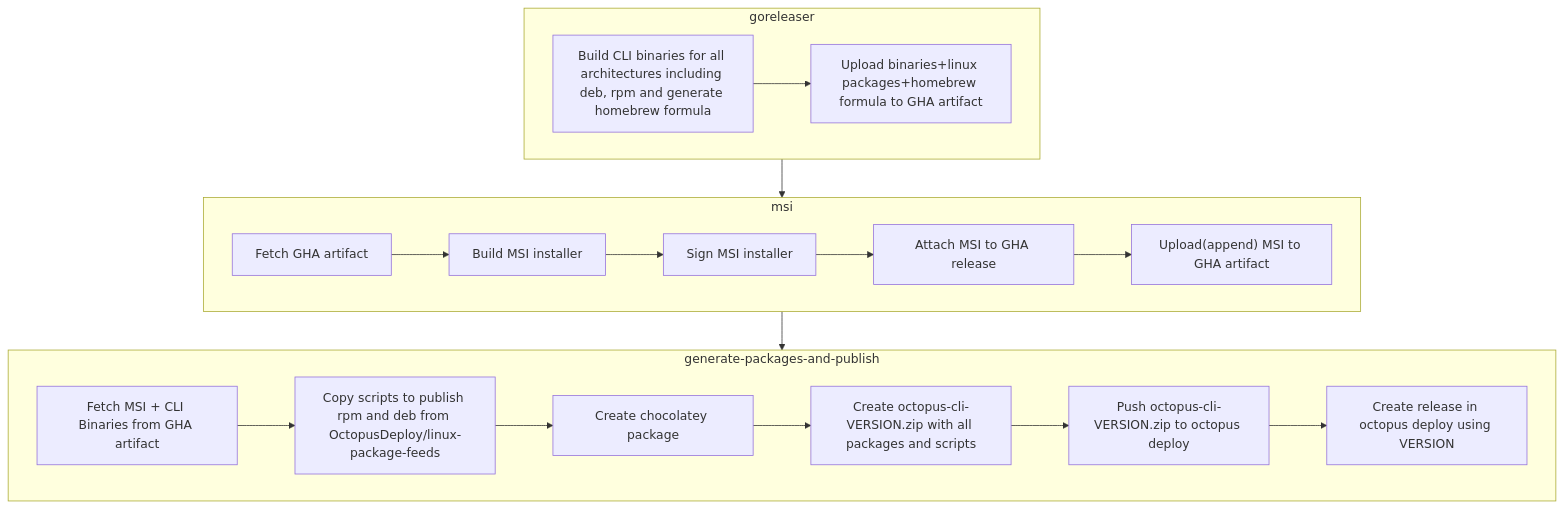
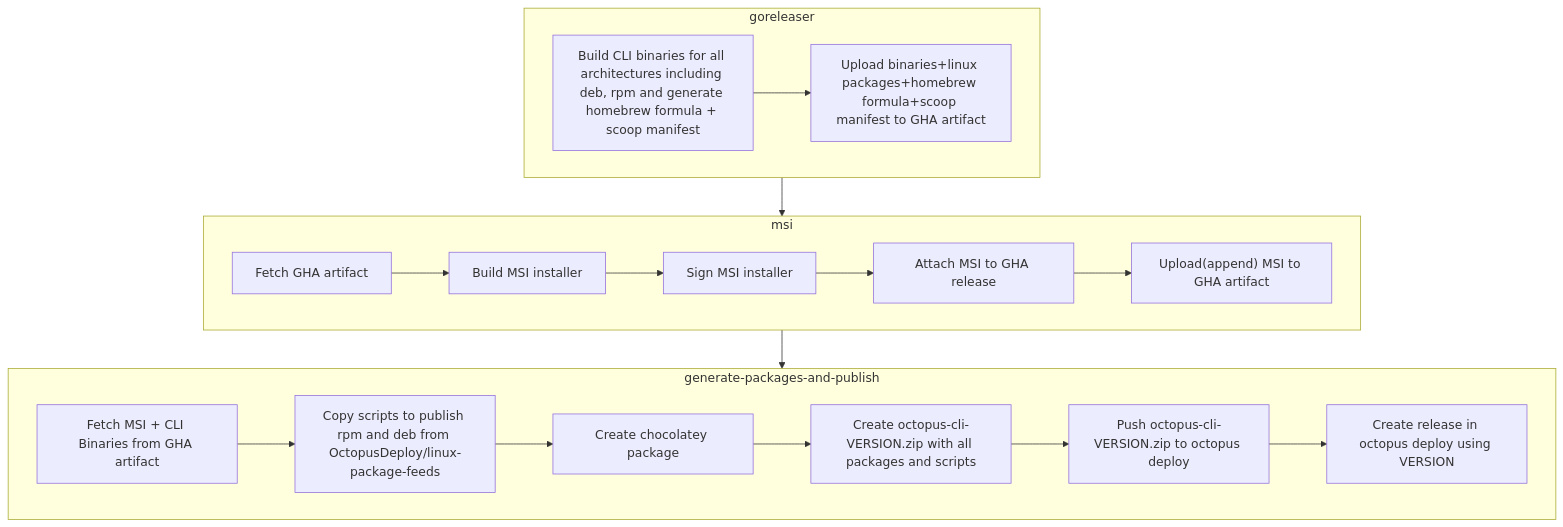
Before and after one commit to OctopusDeploy/cli: the fourth of 5 diagrams in DISTRIBUTION.md, drawn with Mermaid. The commit also changed other lines of this file and 4 other files, not shown here.

First line of the commit message:
feat: distribute the CLI via Scoop

````diff
--- a/DISTRIBUTION.md
+++ b/DISTRIBUTION.md
@@ -34,30 +34,30 @@
 ```mermaid
 flowchart TD
 goreleaser --> msi --> generate-packages-and-publish
 
 subgraph "goreleaser"
     build --> uploadToGHA
     
-    build[Build CLI binaries for all architectures including deb, rpm and generate homebrew formula]
-    uploadToGHA[Upload binaries+linux packages+homebrew formula to GHA artifact]
+    build[Build CLI binaries for all architectures including deb, rpm and generate homebrew formula + scoop manifest]
+    uploadToGHA[Upload binaries+linux packages+homebrew formula+scoop manifest to GHA artifact]
 end
 subgraph "msi"
     fetch --> buildmsi --> signmsi --> attachMSIToRelease --> uploadMSIToGHA
 
     fetch[Fetch GHA artifact]
     buildmsi[Build MSI installer]
     signmsi[Sign MSI installer]
     attachMSIToRelease["Attach MSI to GHA release"]
     uploadMSIToGHA["Upload(append) MSI to GHA artifact"]
 end
 subgraph generate-packages-and-publish
     fetch2 --> getScripts --> choco --> zipall --> octoPush --> octoRelease
 
     fetch2[Fetch MSI + CLI Binaries from GHA artifact]
     getScripts[Copy scripts to publish rpm and deb from OctopusDeploy/linux-package-feeds]
     choco[Create chocolatey package]
     zipall[Create octopus-cli-VERSION.zip with all packages and scripts]
     octoPush[Push octopus-cli-VERSION.zip to octopus deploy]
     octoRelease[Create release in octopus deploy using VERSION]
 end
 ```
````
